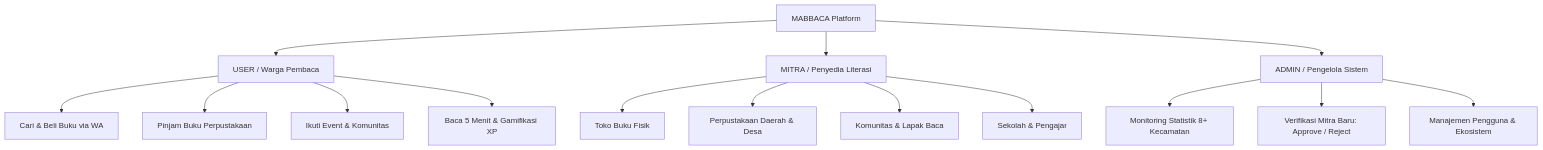
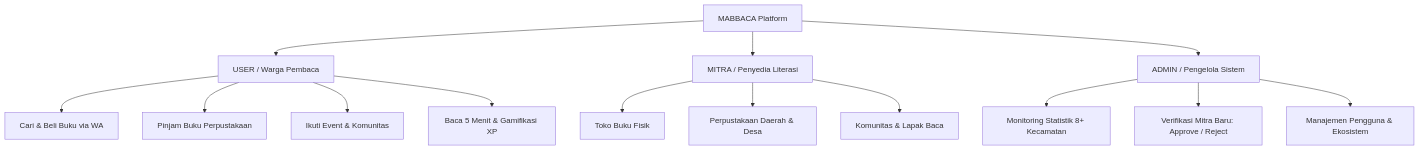
The diagram in README.md (Arbain26/Buku), drawn with Mermaid before and after one commit. The commit also changed other lines of this file and 7 other files, not shown here.

````diff
--- a/README.md
+++ b/README.md
@@ -119,20 +118,19 @@
 ```mermaid
 graph TD
     A[MABBACA Platform] --> B[USER / Warga Pembaca]
     A --> C[MITRA / Penyedia Literasi]
     A --> D[ADMIN / Pengelola Sistem]
     
     C --> C1[Toko Buku Fisik]
     C --> C2[Perpustakaan Daerah & Desa]
     C --> C3[Komunitas & Lapak Baca]
-    C --> C4[Sekolah & Pengajar]
     
     B --> B1[Cari & Beli Buku via WA]
     B --> B2[Pinjam Buku Perpustakaan]
     B --> B3[Ikuti Event & Komunitas]
     B --> B4[Baca 5 Menit & Gamifikasi XP]
     
     D --> D1[Monitoring Statistik 8+ Kecamatan]
     D --> D2[Verifikasi Mitra Baru: Approve / Reject]
     D --> D3[Manajemen Pengguna & Ekosistem]
 ```
````
